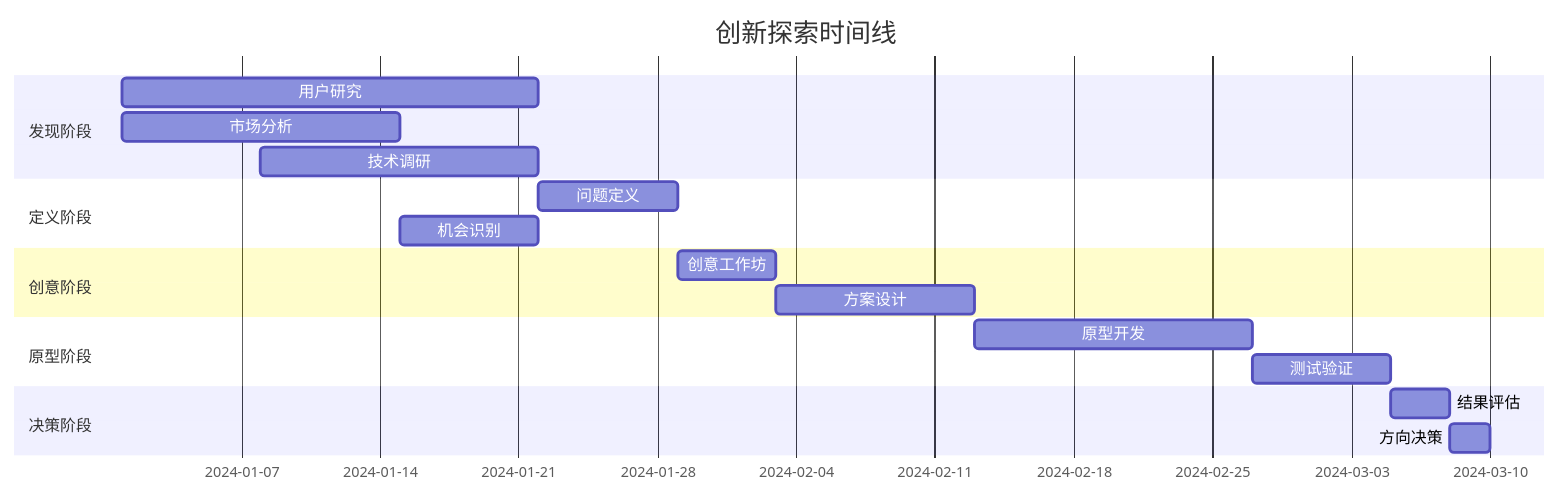
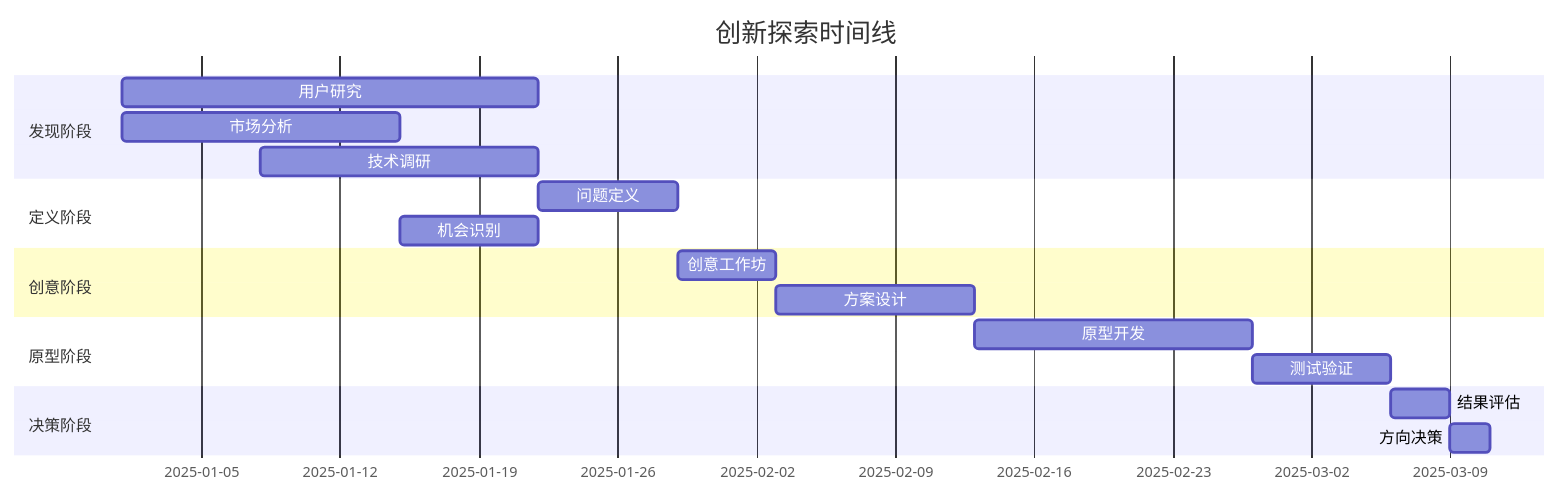
One commit to pace-eng/pace changed the diagram in 模板/任务卡/level-4-创新探索.md. Above: the diagram before and after it, drawn with Mermaid. The commit also changed 19 other files, not shown here.

````diff
--- a/模板/任务卡/level-4-创新探索.md
+++ b/模板/任务卡/level-4-创新探索.md
@@ -270,21 +270,21 @@
 ```mermaid
 gantt
     title 创新探索时间线
     dateFormat  YYYY-MM-DD
     section 发现阶段
-    用户研究        :discover1, 2024-01-01, 21d
-    市场分析        :discover2, 2024-01-01, 14d
-    技术调研        :discover3, 2024-01-08, 14d
+    用户研究        :discover1, 2025-01-01, 21d
+    市场分析        :discover2, 2025-01-01, 14d
+    技术调研        :discover3, 2025-01-08, 14d
     section 定义阶段
     问题定义        :define1, after discover1, 7d
     机会识别        :define2, after discover2, 7d
     section 创意阶段
     创意工作坊      :ideate1, after define1, 5d
     方案设计        :ideate2, after ideate1, 10d
     section 原型阶段
     原型开发        :proto1, after ideate2, 14d
     测试验证        :proto2, after proto1, 7d
     section 决策阶段
     结果评估        :decide1, after proto2, 3d
     方向决策        :decide2, after decide1, 2d
 ```
````
